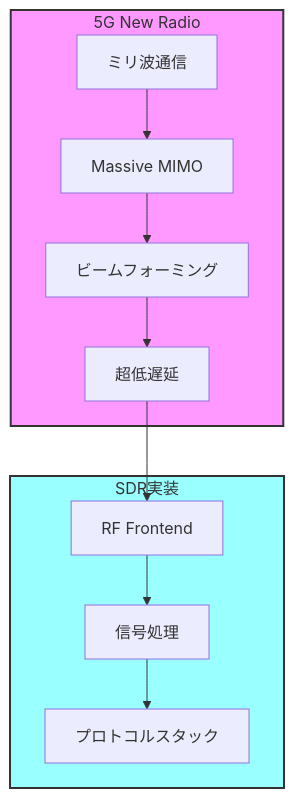
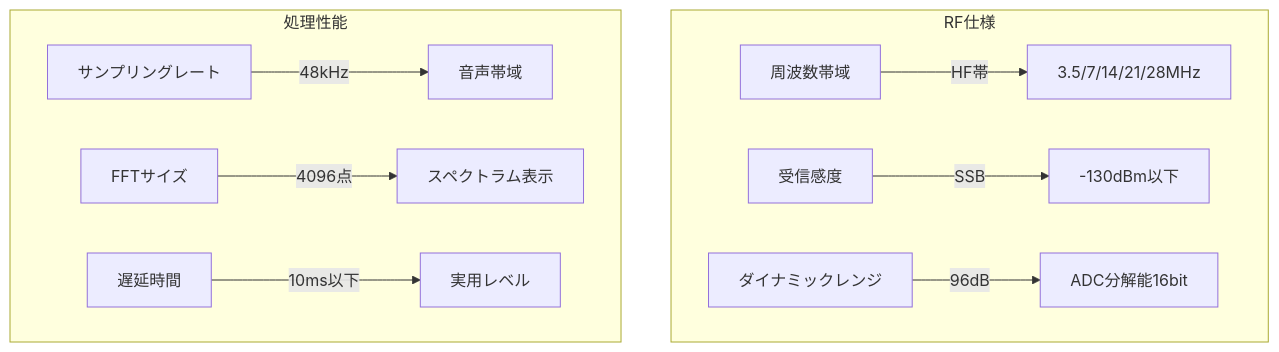
One commit to uecken/docs changed diagram 18 of 22 in デジタル通信/readme.md. Above: the diagram before and after it, drawn with Mermaid. The commit also changed other lines of this file, not shown here.

````diff
--- a/デジタル通信/readme.md
+++ b/デジタル通信/readme.md
@@ -745,18 +652,14 @@
 ```mermaid
 graph TD
-    subgraph 5G_NR[5G New Radio]
-    A[ミリ波通信] --> B[Massive MIMO]
-    B --> C[ビームフォーミング]
-    C --> D[超低遅延]
+    subgraph RF仕様
+    A[周波数帯域] -->|HF帯| B[3.5/7/14/21/28MHz]
+    C[受信感度] -->|SSB| D[-130dBm以下]
+    E[ダイナミックレンジ] -->|96dB| F[ADC分解能16bit]
     end
     
-    subgraph SDR実装
-    E[RF Frontend] --> F[信号処理]
-    F --> G[プロトコルスタック]
+    subgraph 処理性能
+    G[サンプリングレート] -->|48kHz| H[音声帯域]
+    I[FFTサイズ] -->|4096点| J[スペクトラム表示]
+    K[遅延時間] -->|10ms以下| L[実用レベル]
     end
-    
-    D --> E
-    
-    style 5G_NR fill:#f9f,stroke:#333,stroke-width:2px
-    style SDR実装 fill:#9ff,stroke:#333,stroke-width:2px
 ```
````
